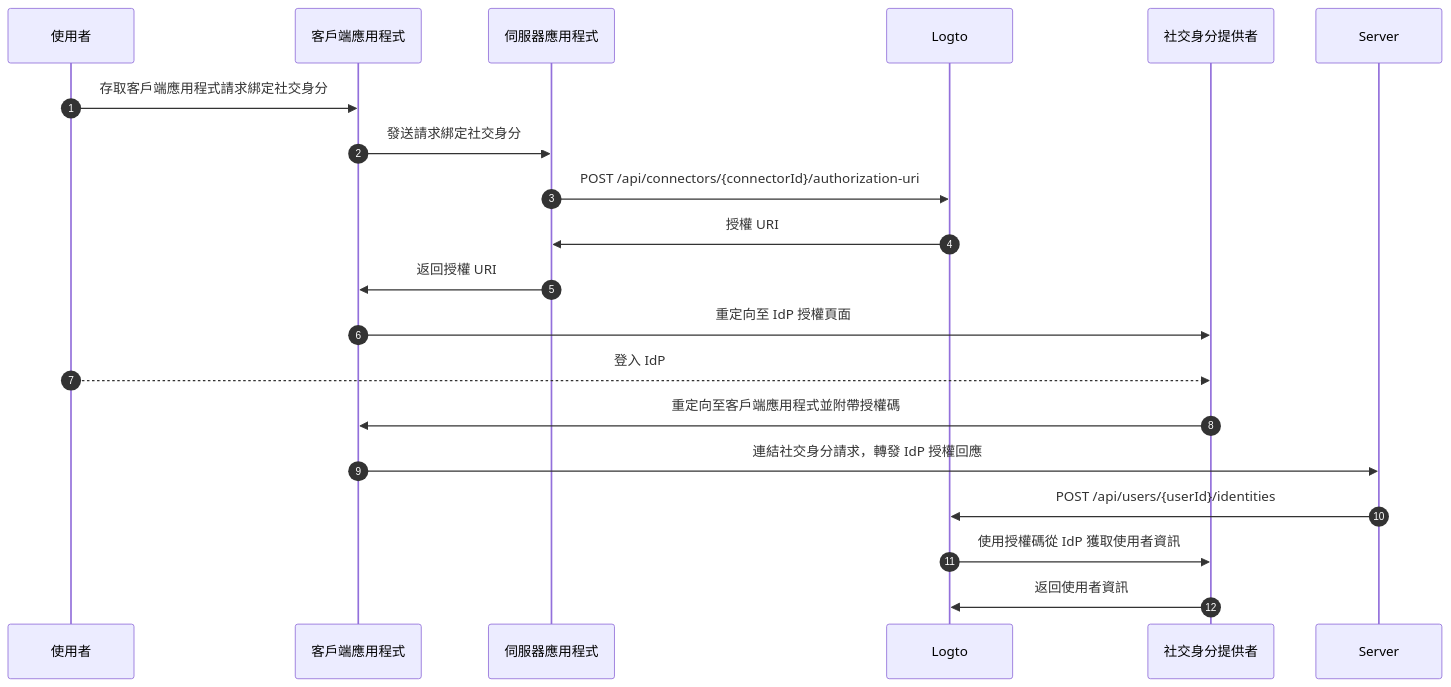
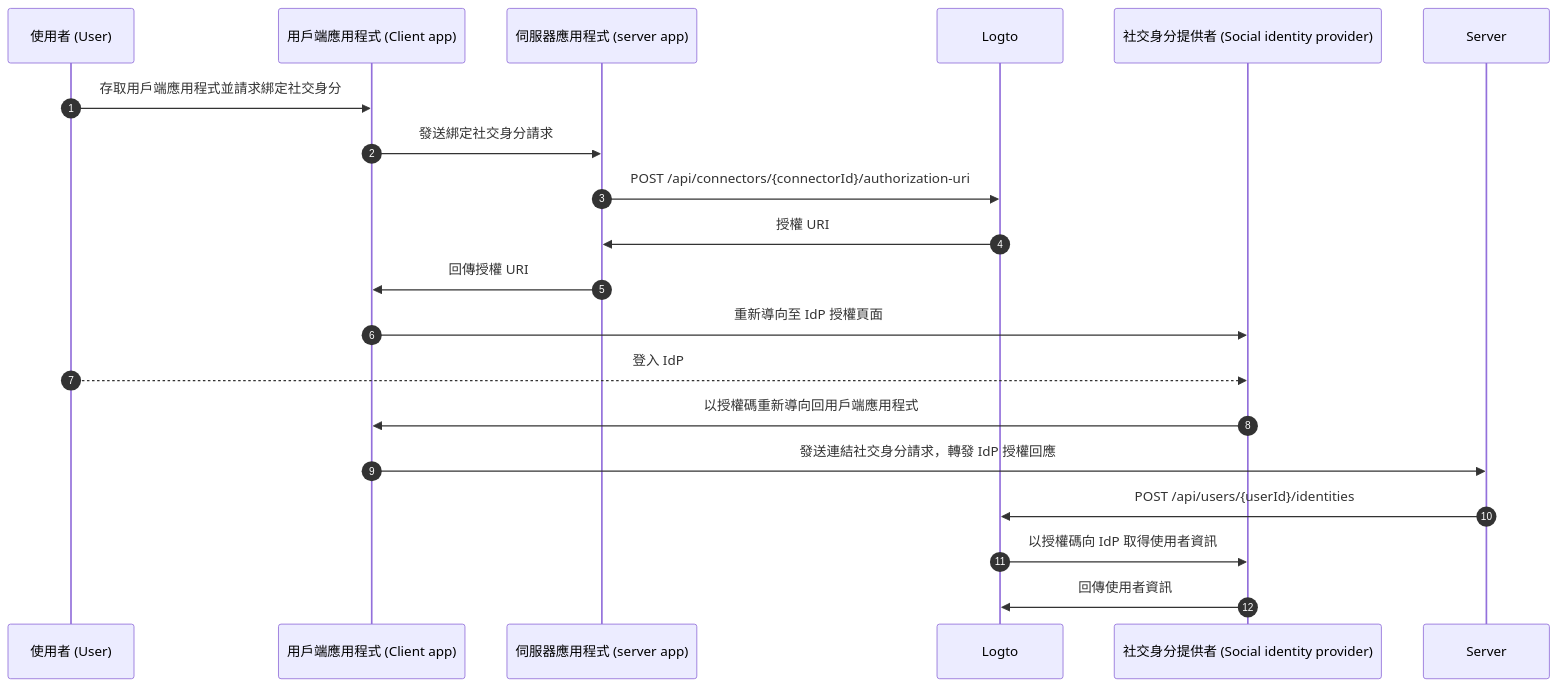
Before and after one commit to logto-io/docs: the third of 3 diagrams in i18n/zh-TW/docusaurus-plugin-content-docs/current/end-user-flows/account-settings/by-management-api.mdx, drawn with Mermaid. The commit also changed other lines of this file and 7 other files, not shown here.

````diff
--- a/i18n/zh-TW/docusaurus-plugin-content-docs/current/end-user-flows/account-settings/by-management-api.mdx
+++ b/i18n/zh-TW/docusaurus-plugin-content-docs/current/end-user-flows/account-settings/by-management-api.mdx
@@ -120,22 +120,22 @@
 ```mermaid
 sequenceDiagram
     autoNumber
-    participant User as 使用者
-    participant Client as 客戶端應用程式
-    participant App as 伺服器應用程式
+    participant User as 使用者 (User)
+    participant Client as 用戶端應用程式 (Client app)
+    participant App as 伺服器應用程式 (server app)
     participant Logto as Logto
-    participant IdP as 社交身分提供者
+    participant IdP as 社交身分提供者 (Social identity provider)
 
-    User ->> Client: 存取客戶端應用程式請求綁定社交身分
-    Client ->> App: 發送請求綁定社交身分
+    User ->> Client: 存取用戶端應用程式並請求綁定社交身分
+    Client ->> App: 發送綁定社交身分請求
     App ->> Logto: POST /api/connectors/{connectorId}/authorization-uri
     Logto ->> App: 授權 URI
-    App ->> Client: 返回授權 URI
-    Client ->> IdP: 重定向至 IdP 授權頁面
+    App ->> Client: 回傳授權 URI
+    Client ->> IdP: 重新導向至 IdP 授權頁面
     User -->> IdP: 登入 IdP
-    IdP ->> Client: 重定向至客戶端應用程式並附帶授權碼
-    Client ->> Server: 連結社交身分請求，轉發 IdP 授權回應
+    IdP ->> Client: 以授權碼重新導向回用戶端應用程式
+    Client ->> Server: 發送連結社交身分請求，轉發 IdP 授權回應
     Server ->> Logto: POST /api/users/{userId}/identities
-    Logto ->> IdP: 使用授權碼從 IdP 獲取使用者資訊
-    IdP ->> Logto: 返回使用者資訊
+    Logto ->> IdP: 以授權碼向 IdP 取得使用者資訊
+    IdP ->> Logto: 回傳使用者資訊
 ```
````
